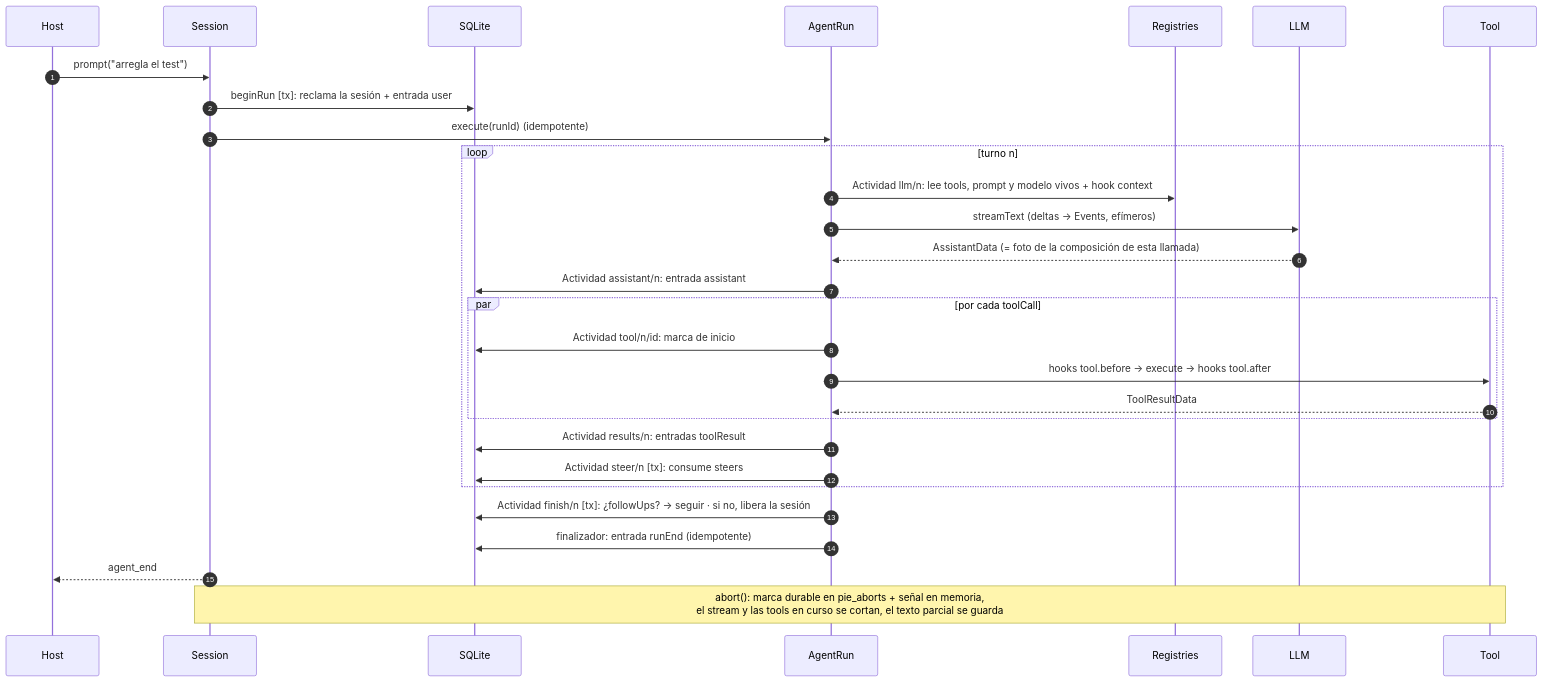
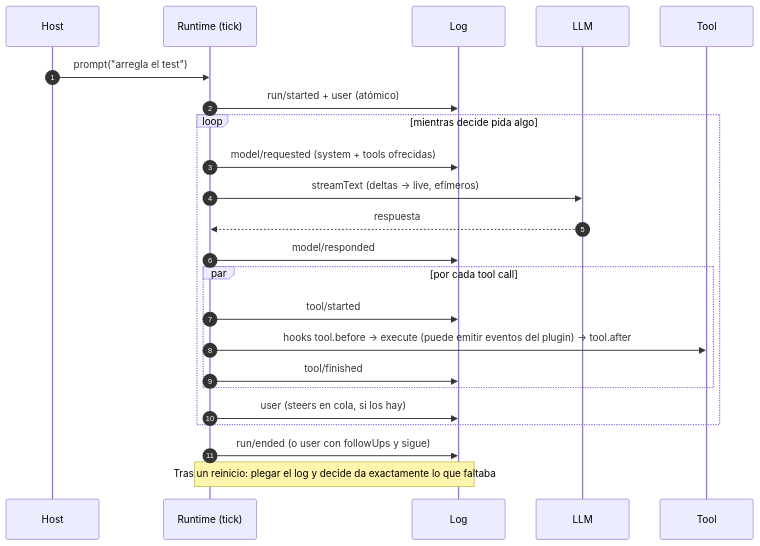
One commit to JavierDeDiegoGuzman/pie changed the diagram in docs/diagramas/flujo-prompt.mmd. Above: the diagram before and after it, drawn with Mermaid. The commit also changed 51 other files, not shown here.

```diff
--- a/docs/diagramas/flujo-prompt.mmd
+++ b/docs/diagramas/flujo-prompt.mmd
@@ -1,29 +1,23 @@
 sequenceDiagram
   autonumber
   participant U as Host
-  participant S as Session
-  participant D as SQLite
-  participant W as AgentRun
-  participant R as Registries
-  participant L as LLM
+  participant R as Runtime (tick)
+  participant L as Log
+  participant M as LLM
   participant T as Tool
-  U->>S: prompt("arregla el test")
-  S->>D: beginRun [tx]: reclama la sesión + entrada user
-  S->>W: execute(runId) (idempotente)
-  loop turno n
-    W->>R: Actividad llm/n: lee tools, prompt y modelo vivos + hook context
-    W->>L: streamText (deltas → Events, efímeros)
-    L-->>W: AssistantData (= foto de la composición de esta llamada)
-    W->>D: Actividad assistant/n: entrada assistant
-    par por cada toolCall
-      W->>D: Actividad tool/n/id: marca de inicio
-      W->>T: hooks tool.before → execute → hooks tool.after
-      T-->>W: ToolResultData
+  U->>R: prompt("arregla el test")
+  R->>L: run/started + user (atómico)
+  loop mientras decide pida algo
+    R->>L: model/requested (system + tools ofrecidas)
+    R->>M: streamText (deltas → live, efímeros)
+    M-->>R: respuesta
+    R->>L: model/responded
+    par por cada tool call
+      R->>L: tool/started
+      R->>T: hooks tool.before → execute (puede emitir eventos del plugin) → tool.after
+      R->>L: tool/finished
     end
-    W->>D: Actividad results/n: entradas toolResult
-    W->>D: Actividad steer/n [tx]: consume steers
+    R->>L: user (steers en cola, si los hay)
   end
-  W->>D: Actividad finish/n [tx]: ¿followUps? → seguir · si no, libera la sesión
-  W->>D: finalizador: entrada runEnd (idempotente)
-  S-->>U: agent_end
-  Note over S,T: abort(): marca durable en pie_aborts + señal en memoria,<br/>el stream y las tools en curso se cortan, el texto parcial se guarda
+  R->>L: run/ended (o user con followUps y sigue)
+  Note over R,L: Tras un reinicio: plegar el log y decide da exactamente lo que faltaba
```
